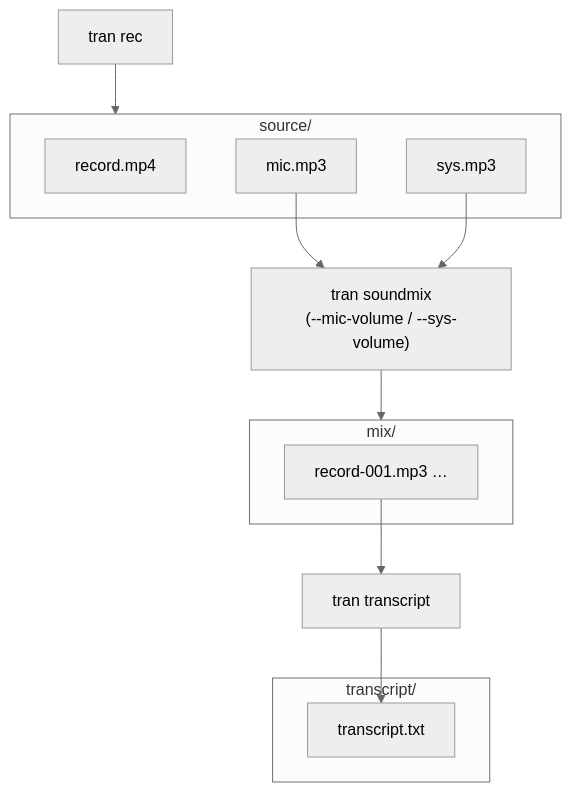
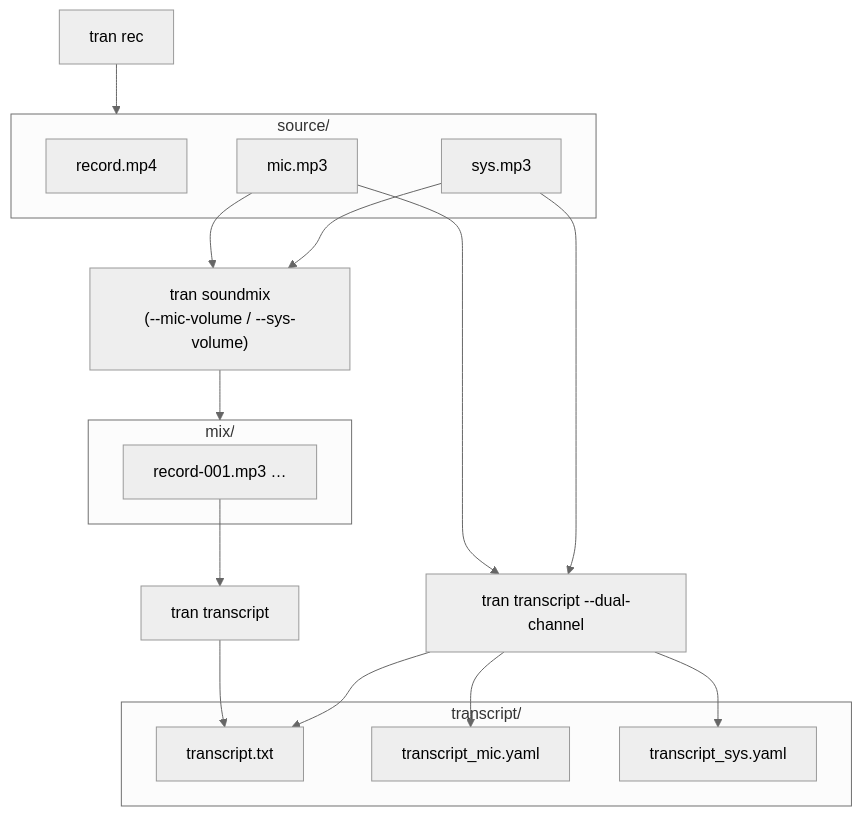
The fifth of 5 diagrams in README.md (harnyk/tranny), drawn with Mermaid (neutral theme) before and after one commit. The commit also changed other lines of this file and 2 other files, not shown here.

Commit message:
docs: document dual-channel pipeline

````diff
--- a/README.md
+++ b/README.md
@@ -214,28 +288,34 @@
 ```mermaid
 graph TD
     REC["tran rec"]
 
     subgraph source["source/"]
         MP4["record.mp4"]
         MIC["mic.mp3"]
         SYS["sys.mp3"]
     end
 
-    SM["tran soundmix\n(--mic-volume / --sys-volume)"]
-
     subgraph mix["mix/"]
         CHUNKS["record-001.mp3 …"]
     end
 
+    SM["tran soundmix\n(--mic-volume / --sys-volume)"]
     TR["tran transcript"]
+    TRD["tran transcript --dual-channel"]
 
     subgraph transcript["transcript/"]
         TXT["transcript.txt"]
+        MICYAML["transcript_mic.yaml"]
+        SYSYAML["transcript_sys.yaml"]
     end
 
     REC --> source
     MIC & SYS --> SM
     SM --> mix
     CHUNKS --> TR
     TR --> TXT
+    MIC & SYS --> TRD
+    TRD --> MICYAML
+    TRD --> SYSYAML
+    TRD --> TXT
 ```
````
